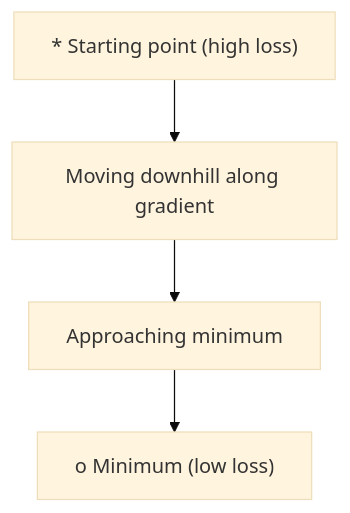
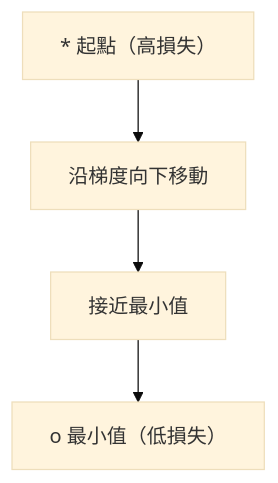
Before and after one commit to edward821220/ai-engineering-from-scratch: the first of 5 diagrams in i18n/zh-TW/phases/01-math-foundations/08-optimization/docs/zh-TW.md, drawn with Mermaid (base theme). The commit also changed other lines of this file and 123 other files, not shown here.

````diff
--- a/i18n/zh-TW/phases/01-math-foundations/08-optimization/docs/zh-TW.md
+++ b/i18n/zh-TW/phases/01-math-foundations/08-optimization/docs/zh-TW.md
@@ -47,6 +47,6 @@
 ```mermaid
 graph TD
-    A["* Starting point (high loss)"] --> B["Moving downhill along gradient"]
-    B --> C["Approaching minimum"]
-    C --> D["o Minimum (low loss)"]
+    A["* 起點（高損失）"] --> B["沿梯度向下移動"]
+    B --> C["接近最小值"]
+    C --> D["o 最小值（低損失）"]
 ```
````
